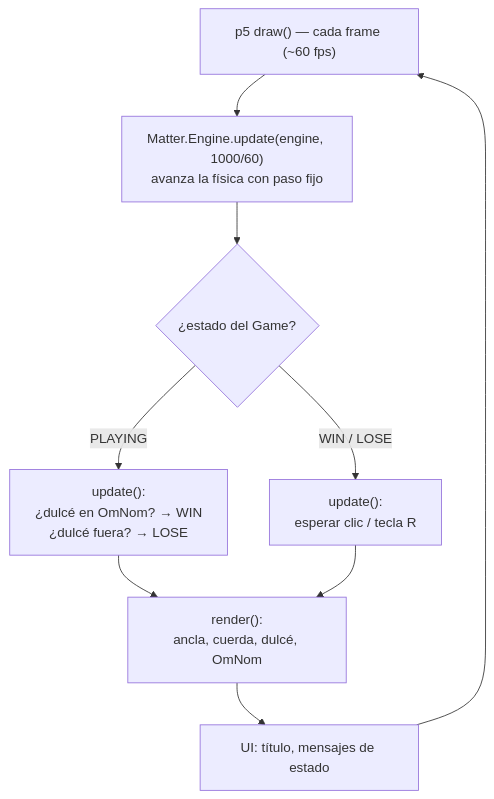
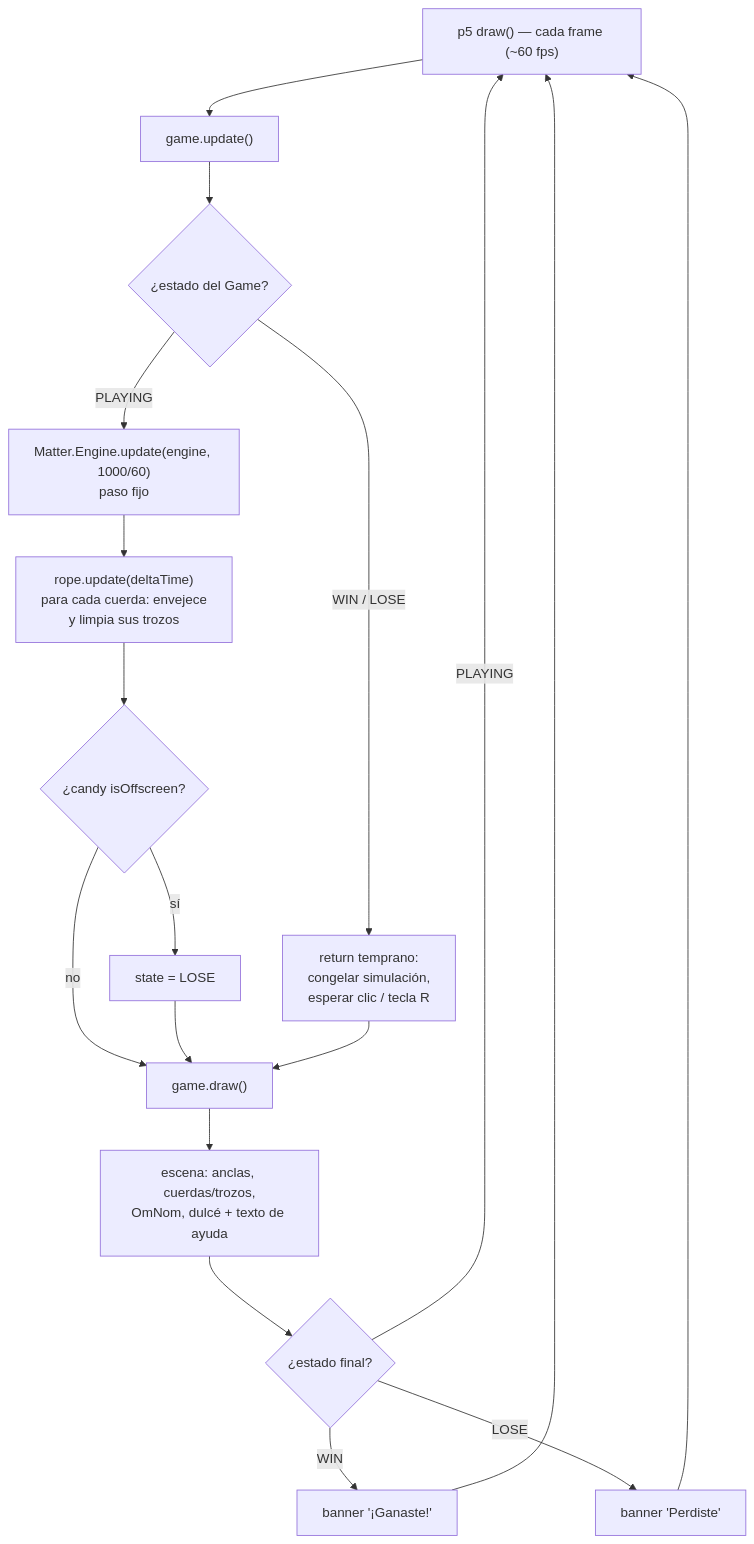
Before and after one commit to ShryhakAkizuki/Cut_The_Rope-Visual_Computing_2026-II: the fifth of 5 diagrams in docs/arquitectura-mvp.md, drawn with Mermaid. The commit also changed other lines of this file and 5 other files, not shown here.

````diff
--- a/docs/arquitectura-mvp.md
+++ b/docs/arquitectura-mvp.md
@@ -216,11 +287,20 @@
 ```mermaid
 flowchart TD
-    A["p5 draw() — cada frame (~60 fps)"] --> B["Matter.Engine.update(engine, 1000/60)<br/>avanza la física con paso fijo"]
+    A["p5 draw() — cada frame (~60 fps)"] --> B["game.update()"]
     B --> C{"¿estado del Game?"}
-    C -->|PLAYING| D["update():<br/>¿dulcé en OmNom? → WIN<br/>¿dulcé fuera? → LOSE"]
-    C -->|WIN / LOSE| E["update():<br/>esperar clic / tecla R"]
-    D --> F["render():<br/>ancla, cuerda, dulcé, OmNom"]
-    E --> F
-    F --> G["UI: título, mensajes de estado"]
-    G --> A
+    C -->|WIN / LOSE| D["return temprano:<br/>congelar simulación,<br/>esperar clic / tecla R"]
+    C -->|PLAYING| E["Matter.Engine.update(engine, 1000/60)<br/>paso fijo"]
+    E --> F["rope.update(deltaTime)<br/>para cada cuerda: envejece<br/>y limpia sus trozos"]
+    F --> G{"¿candy isOffscreen?"}
+    G -->|sí| H["state = LOSE"]
+    G -->|no| I["game.draw()"]
+    H --> I
+    D --> I
+    I --> J["escena: anclas, cuerdas/trozos,<br/>OmNom, dulcé + texto de ayuda"]
+    J --> K{"¿estado final?"}
+    K -->|WIN| L["banner '¡Ganaste!'"]
+    K -->|LOSE| M["banner 'Perdiste'"]
+    K -->|PLAYING| A
+    L --> A
+    M --> A
 ```
````
